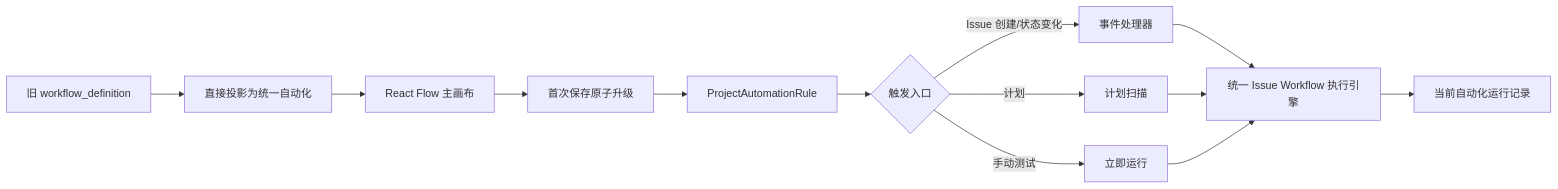
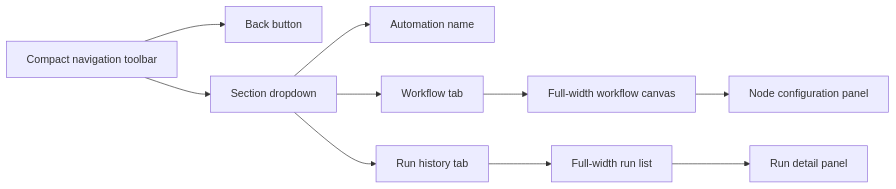
The first of 2 diagrams in wework/design-qa.md (wecode-ai/Wegent), drawn with Mermaid before and after one commit. The commit also changed other lines of this file and 82 other files, not shown here.

````diff
--- a/wework/design-qa.md
+++ b/wework/design-qa.md
@@ -16,15 +25,12 @@
 ```mermaid
 flowchart LR
-  Legacy[旧 workflow_definition] --> Projection[直接投影为统一自动化]
-  Projection --> Editor[React Flow 主画布]
-  Editor --> Save[首次保存原子升级]
-  Save --> Canonical[ProjectAutomationRule]
-  Canonical --> Trigger{触发入口}
-  Trigger -->|Issue 创建/状态变化| Event[事件处理器]
-  Trigger -->|计划| Schedule[计划扫描]
-  Trigger -->|手动测试| Manual[立即运行]
-  Event --> Engine[统一 Issue Workflow 执行引擎]
-  Schedule --> Engine
-  Manual --> Engine
-  Engine --> Runs[当前自动化运行记录]
+  Toolbar[Compact navigation toolbar] --> Back[Back button]
+  Toolbar --> Menu[Section dropdown]
+  Menu --> Name[Automation name]
+  Menu --> Workflow[Workflow tab]
+  Menu --> Runs[Run history tab]
+  Workflow --> Canvas[Full-width workflow canvas]
+  Runs --> RunList[Full-width run list]
+  Canvas --> RightPanel[Node configuration panel]
+  RunList --> RunDetail[Run detail panel]
 ```
````
